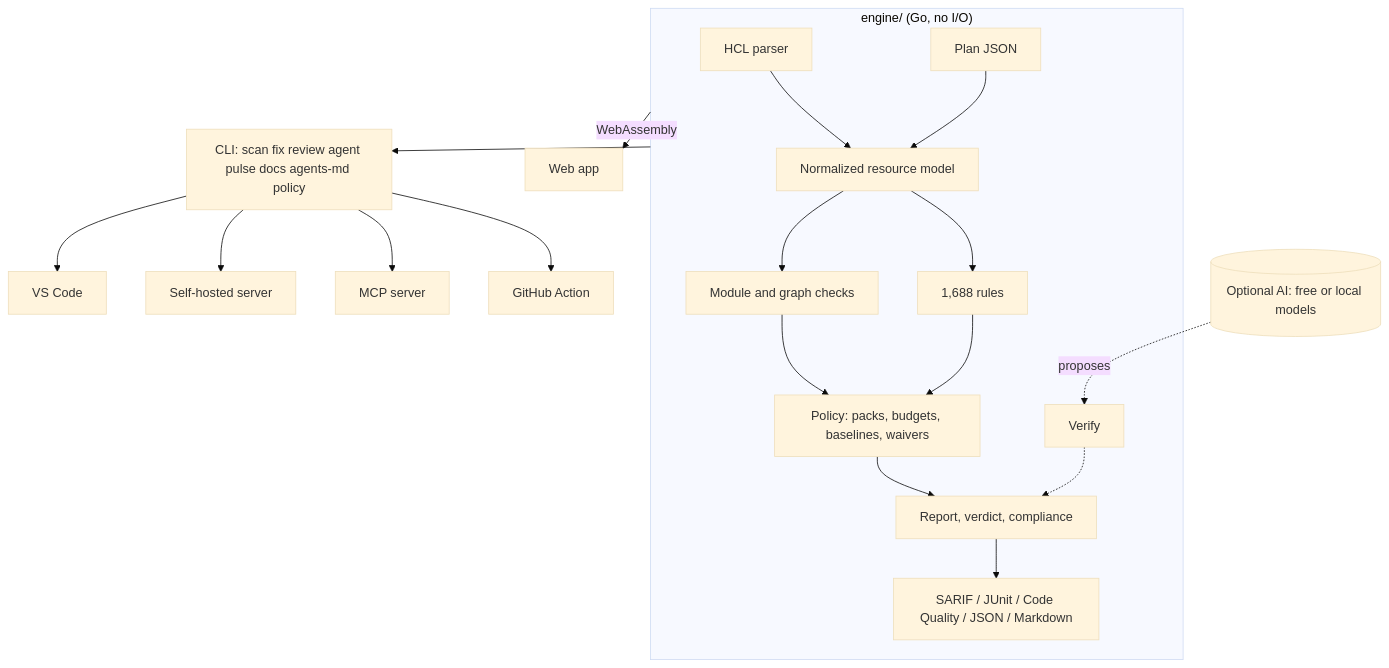
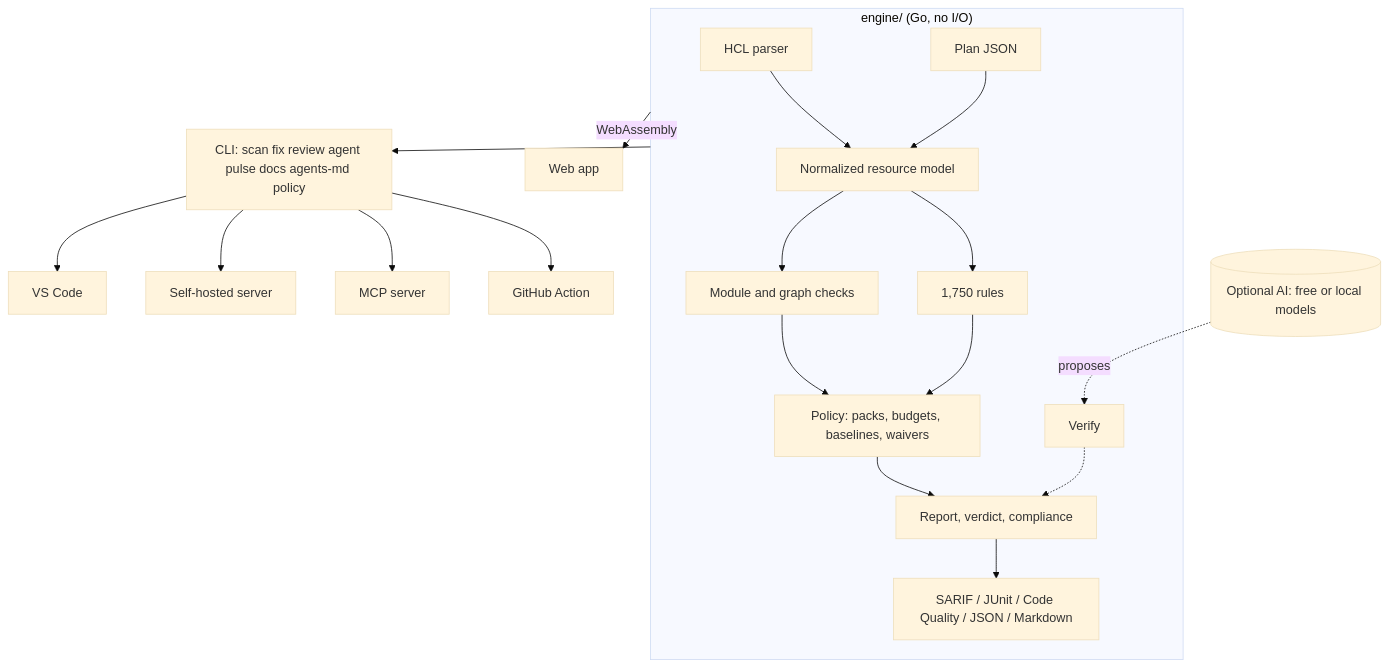
Before and after one commit to Karthik-099/TERRAGUARD: the second of 2 diagrams in README.md, drawn with Mermaid (base theme). The commit also changed other lines of this file and 101 other files, not shown here.

````diff
--- a/README.md
+++ b/README.md
@@ -149,16 +172,16 @@
 ```mermaid
 flowchart TB
   subgraph Engine["engine/ (Go, no I/O)"]
     P[HCL parser] --> N[Normalized resource model]
     PL[Plan JSON] --> N
-    N --> R[1,688 rules] & M[Module and graph checks]
+    N --> R[1,750 rules] & M[Module and graph checks]
     R & M --> POL[Policy: packs, budgets, baselines, waivers]
     POL --> REP[Report, verdict, compliance]
     REP --> OUT[SARIF / JUnit / Code Quality / JSON / Markdown]
     V[Verify] -.-> REP
   end
   Engine -->|WebAssembly| WEB[Web app]
   Engine --> CLI[CLI: scan fix review agent pulse docs agents-md policy]
   CLI --> ACT[GitHub Action] & MCP[MCP server] & SRV[Self-hosted server] & VSC[VS Code]
   AI[(Optional AI: free or local models)] -. proposes .-> V
 ```
````
